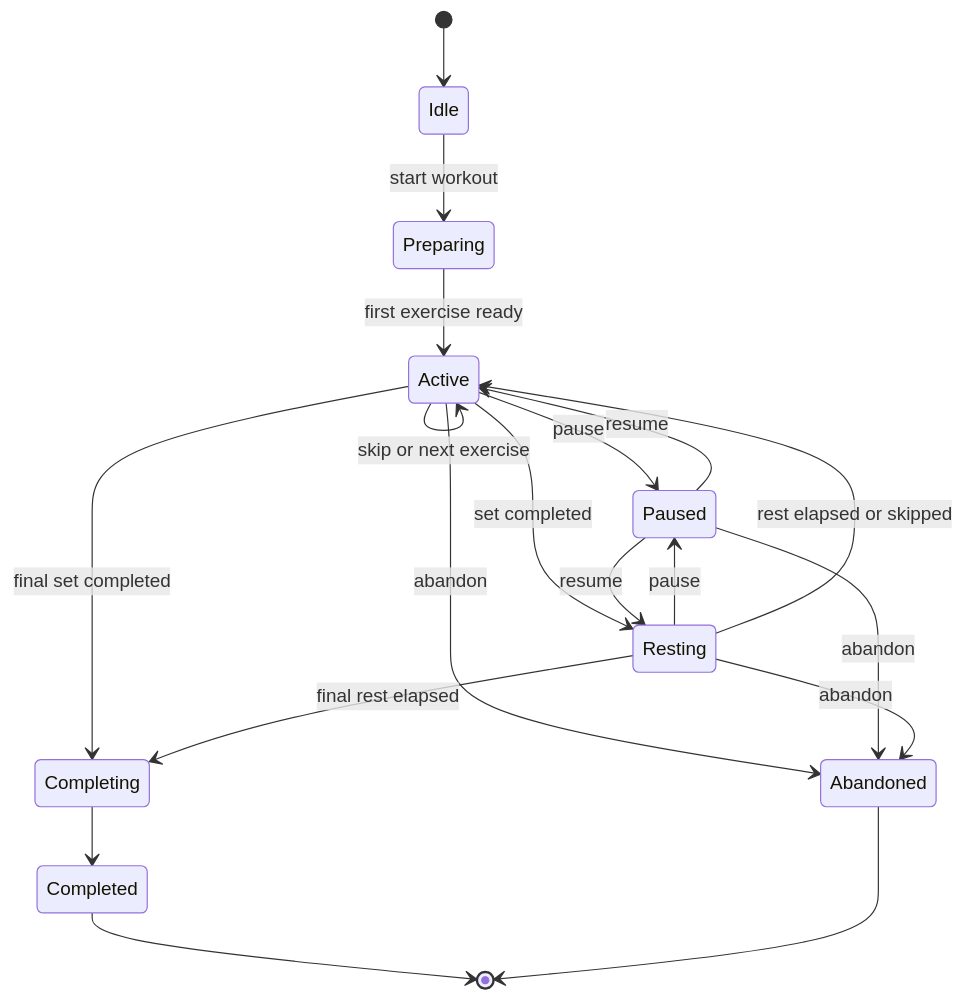
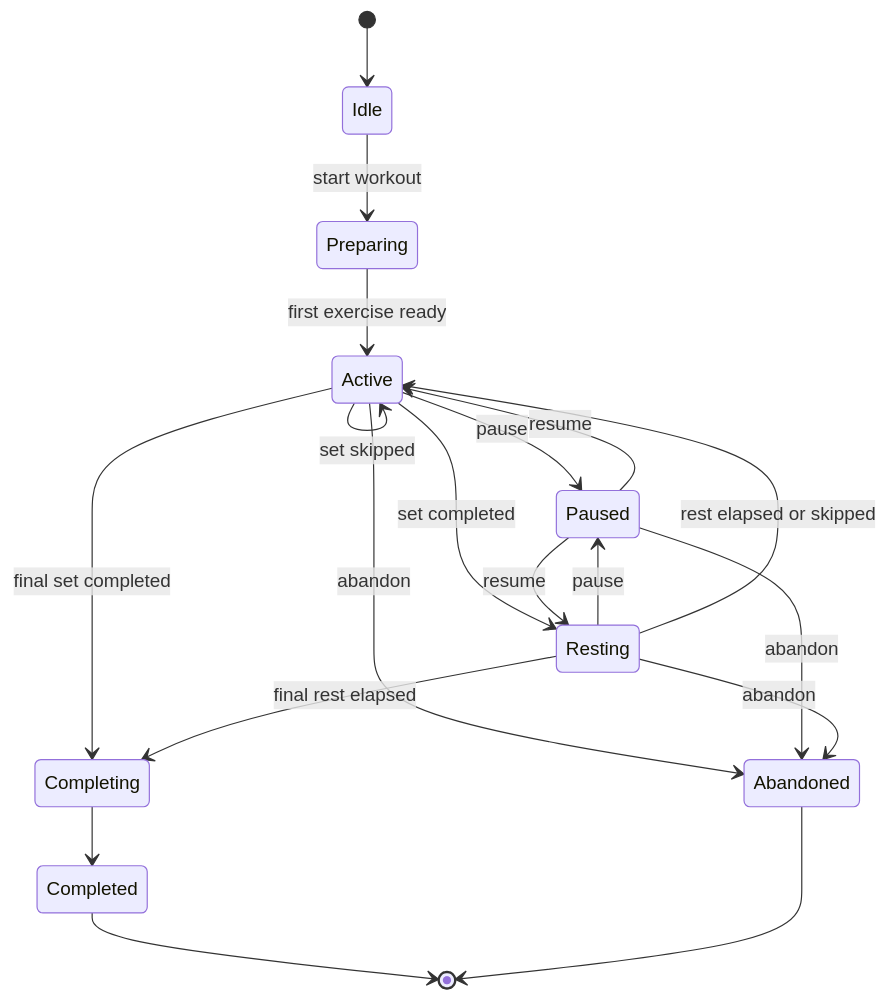
Before and after one commit to Thnorty/RepForth: the third of 3 diagrams in PROJECT_GUIDELINE.md, drawn with Mermaid. The commit also changed other lines of this file and 81 other files, not shown here.

````diff
--- a/PROJECT_GUIDELINE.md
+++ b/PROJECT_GUIDELINE.md
@@ -504,21 +511,21 @@
 ```mermaid
 stateDiagram-v2
     [*] --> Idle
     Idle --> Preparing: start workout
     Preparing --> Active: first exercise ready
     Active --> Paused: pause
     Paused --> Active: resume
     Active --> Resting: set completed
     Resting --> Paused: pause
     Paused --> Resting: resume
     Resting --> Active: rest elapsed or skipped
-    Active --> Active: skip or next exercise
+    Active --> Active: set skipped
     Active --> Completing: final set completed
     Resting --> Completing: final rest elapsed
     Completing --> Completed
     Completed --> [*]
     Active --> Abandoned: abandon
     Paused --> Abandoned: abandon
     Resting --> Abandoned: abandon
     Abandoned --> [*]
 ```
````
